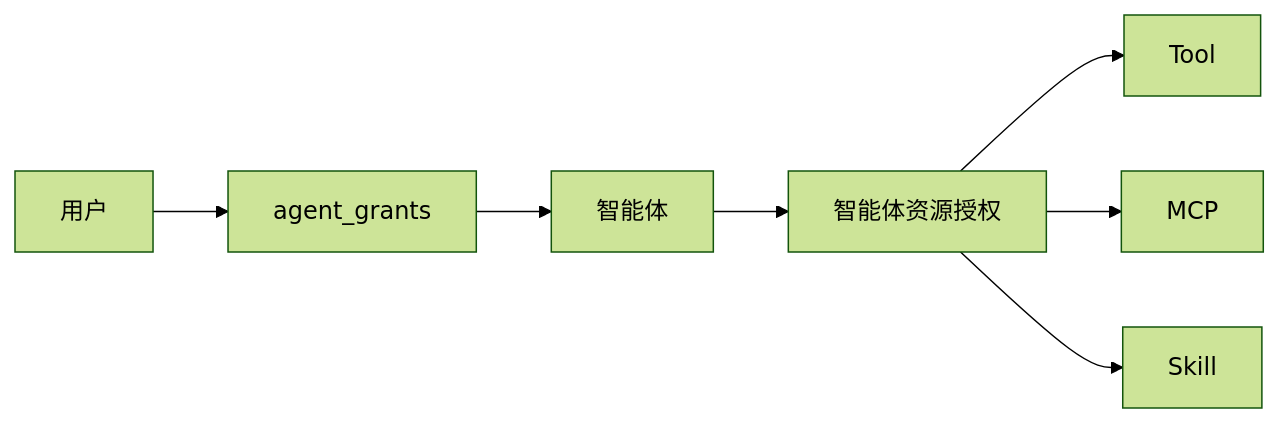
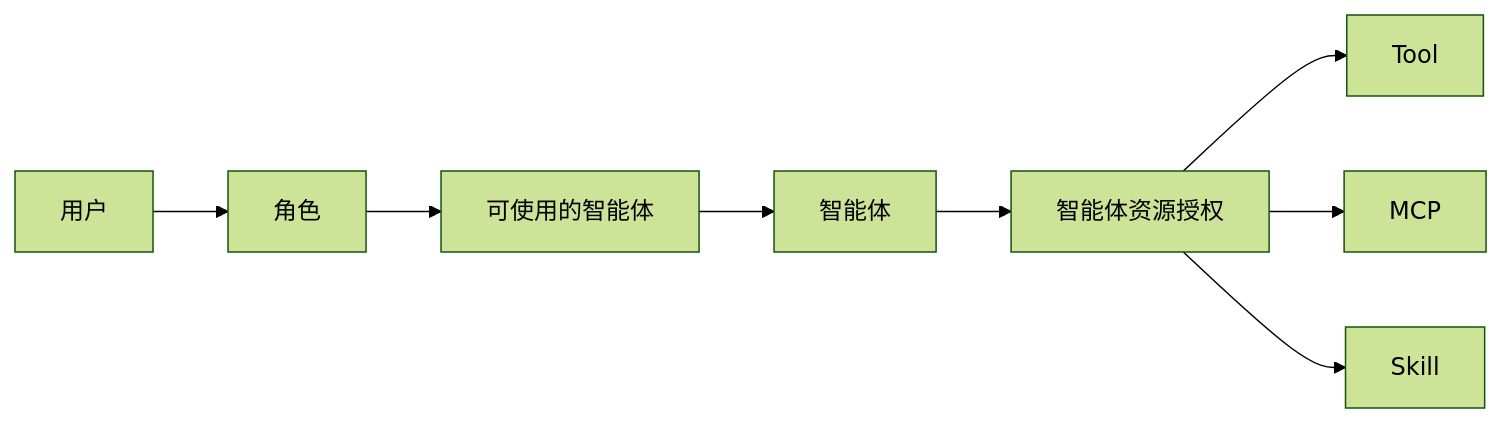
The third of 7 diagrams in docs/technical-solution.md (devjotaduo/nexora-ai-platform), drawn with Mermaid (forest theme) before and after one commit. The commit also changed other lines of this file and 39 other files, not shown here.

````diff
--- a/docs/technical-solution.md
+++ b/docs/technical-solution.md
@@ -197,9 +141,10 @@
 ```mermaid
 flowchart LR
-    U["用户"] --> Grant["agent_grants"]
-    Grant --> Agent["智能体"]
+    U["用户"] --> R["角色"]
+    R --> AgentPerm["可使用的智能体"]
+    AgentPerm --> Agent["智能体"]
     Agent --> ResourcePerm["智能体资源授权"]
     ResourcePerm --> Tool["Tool"]
     ResourcePerm --> MCP["MCP"]
     ResourcePerm --> Skill["Skill"]
 ```
````
